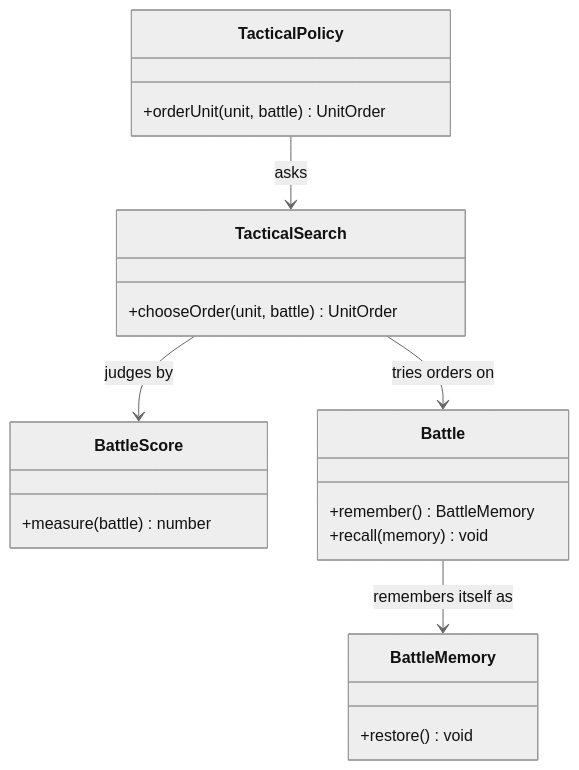
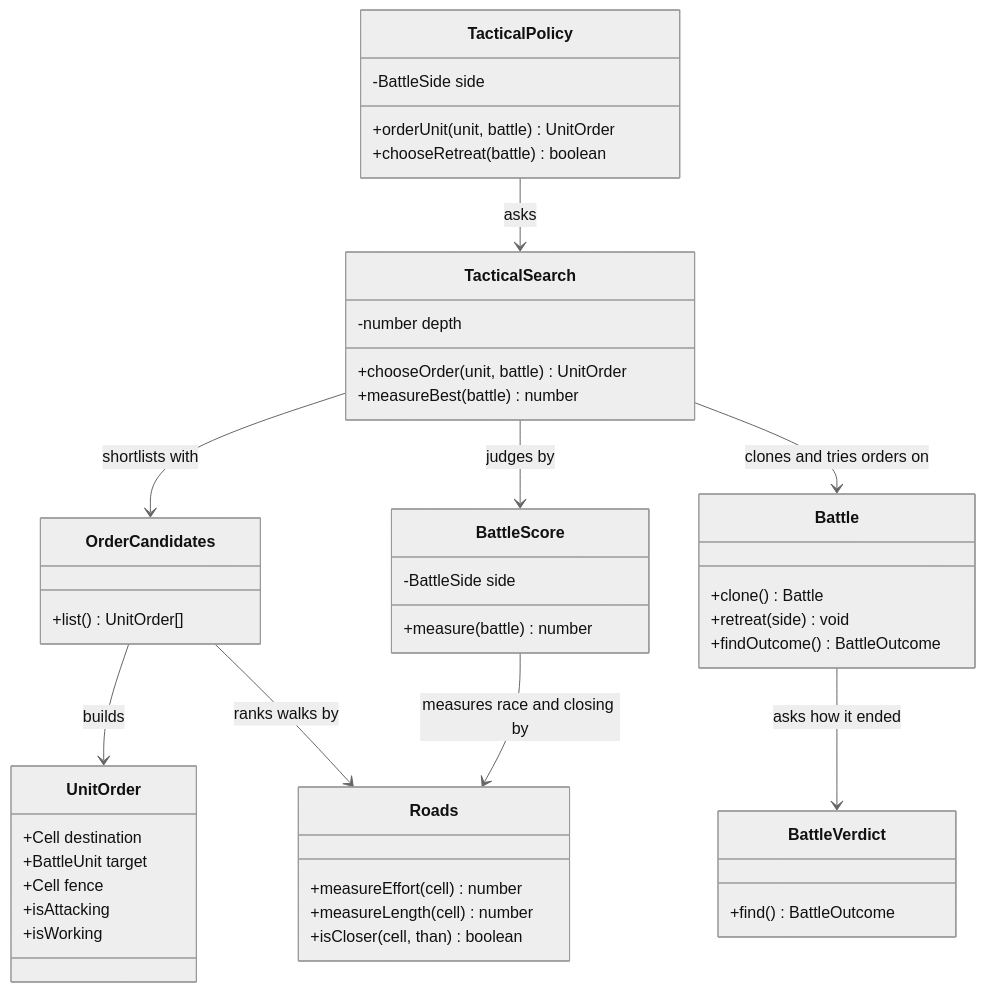
One commit to pslotinsky/kunstkamera changed the second of 3 diagrams in gemfire/docs/design/08-5-the-tactical-ai.md. Above: the diagram before and after it, drawn with Mermaid (neutral theme). The commit also changed other lines of this file and 49 other files, not shown here.

````diff
--- a/gemfire/docs/design/08-5-the-tactical-ai.md
+++ b/gemfire/docs/design/08-5-the-tactical-ai.md
@@ -76,23 +160,48 @@
 ```mermaid
 classDiagram
   class TacticalPolicy {
+    -BattleSide side
     +orderUnit(unit, battle) UnitOrder
+    +chooseRetreat(battle) boolean
   }
   class TacticalSearch {
+    -number depth
     +chooseOrder(unit, battle) UnitOrder
+    +measureBest(battle) number
+  }
+  class OrderCandidates {
+    +list() UnitOrder[]
   }
   class BattleScore {
+    -BattleSide side
     +measure(battle) number
   }
-  class BattleMemory {
-    +restore() void
+  class Roads {
+    +measureEffort(cell) number
+    +measureLength(cell) number
+    +isCloser(cell, than) boolean
   }
   class Battle {
-    +remember() BattleMemory
-    +recall(memory) void
+    +clone() Battle
+    +retreat(side) void
+    +findOutcome() BattleOutcome
+  }
+  class BattleVerdict {
+    +find() BattleOutcome
+  }
+  class UnitOrder {
+    +Cell destination
+    +BattleUnit target
+    +Cell fence
+    +isAttacking
+    +isWorking
   }
   TacticalPolicy --> TacticalSearch : asks
+  TacticalSearch --> OrderCandidates : shortlists with
   TacticalSearch --> BattleScore : judges by
-  TacticalSearch --> Battle : tries orders on
-  Battle --> BattleMemory : remembers itself as
+  TacticalSearch --> Battle : clones and tries orders on
+  OrderCandidates --> UnitOrder : builds
+  OrderCandidates --> Roads : ranks walks by
+  BattleScore --> Roads : measures race and closing by
+  Battle --> BattleVerdict : asks how it ended
 ```
````
